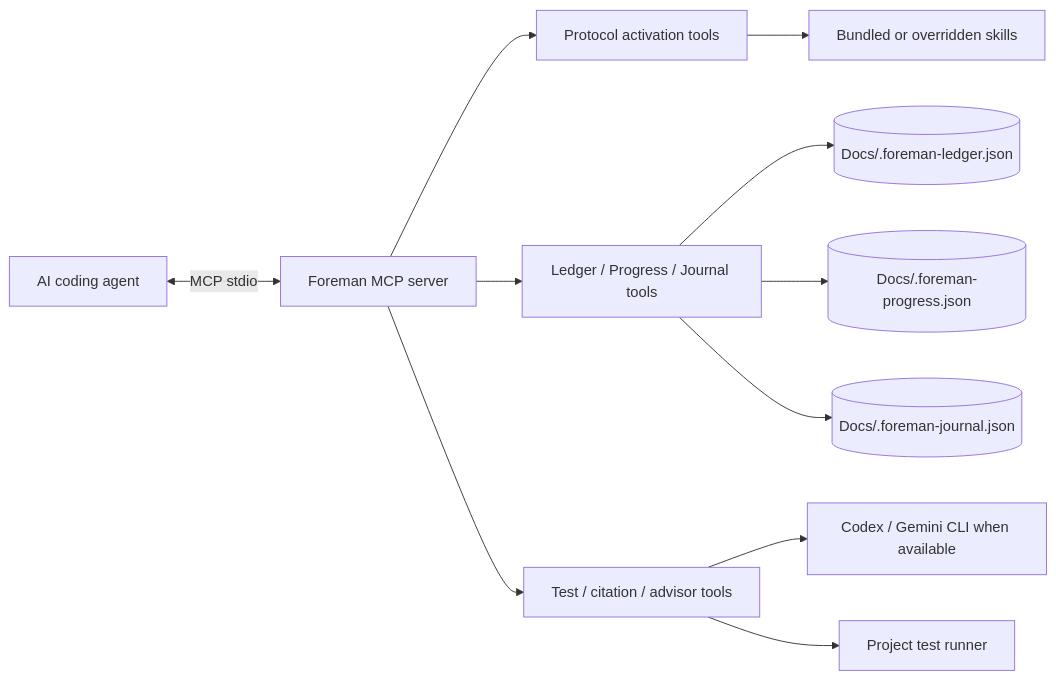
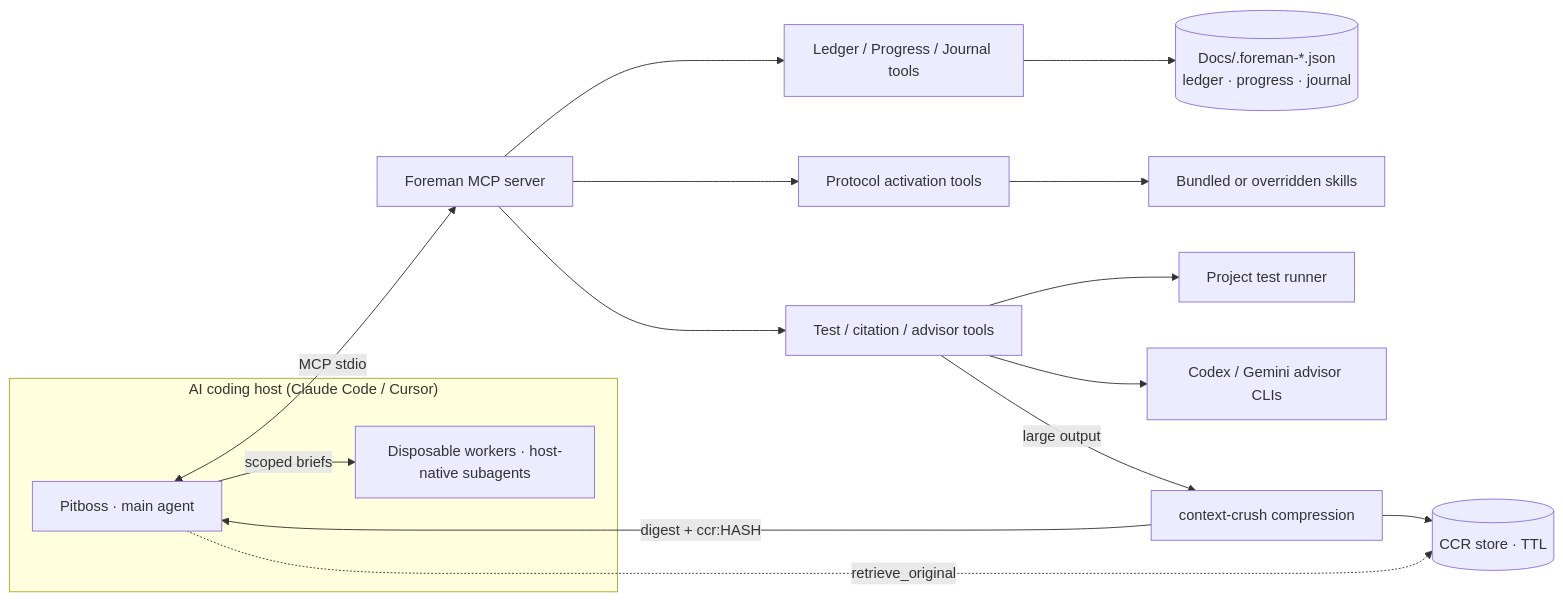
Before and after one commit to malindarathnayake/Foreman: the diagram in README.md, drawn with Mermaid. The commit also changed other lines of this file, not shown here.

Commit message:
docs(readme): refresh architecture diagram and tool count
Add the pitboss/worker split and the context-crush compression flow
(CCR store + retrieve_original round-trip) to the architecture diagram.
List retrieve_original under Execution and Review tools and bump the
total 21 -> 22 (it was added by the 0.2.0 compression pilot).

````diff
--- a/README.md
+++ b/README.md
@@ -296,16 +297,25 @@
 ```mermaid
 flowchart LR
-    Agent[AI coding agent] <-->|MCP stdio| Foreman[Foreman MCP server]
+    subgraph Host["AI coding host (Claude Code / Cursor)"]
+        Pitboss["Pitboss · main agent"]
+        Workers["Disposable workers · host-native subagents"]
+        Pitboss -->|"scoped briefs"| Workers
+    end
 
-    Foreman --> Protocols[Protocol activation tools]
-    Foreman --> State[Ledger / Progress / Journal tools]
-    Foreman --> Review[Test / citation / advisor tools]
+    Pitboss <-->|"MCP stdio"| Foreman["Foreman MCP server"]
 
-    State --> Ledger[(Docs/.foreman-ledger.json)]
-    State --> Progress[(Docs/.foreman-progress.json)]
-    State --> Journal[(Docs/.foreman-journal.json)]
+    Foreman --> Protocols["Protocol activation tools"]
+    Foreman --> State["Ledger / Progress / Journal tools"]
+    Foreman --> Review["Test / citation / advisor tools"]
 
-    Protocols --> Skills[Bundled or overridden skills]
-    Review --> CLIs[Codex / Gemini CLI when available]
-    Review --> Tests[Project test runner]
+    State --> Files[("Docs/.foreman-*.json<br/>ledger · progress · journal")]
+    Protocols --> Skills["Bundled or overridden skills"]
+
+    Review --> Tests["Project test runner"]
+    Review --> CLIs["Codex / Gemini advisor CLIs"]
+
+    Review -->|"large output"| CCR["context-crush compression"]
+    CCR --> Store[("CCR store · TTL")]
+    CCR -->|"digest + ccr:HASH"| Pitboss
+    Pitboss -.->|"retrieve_original"| Store
 ```
````
